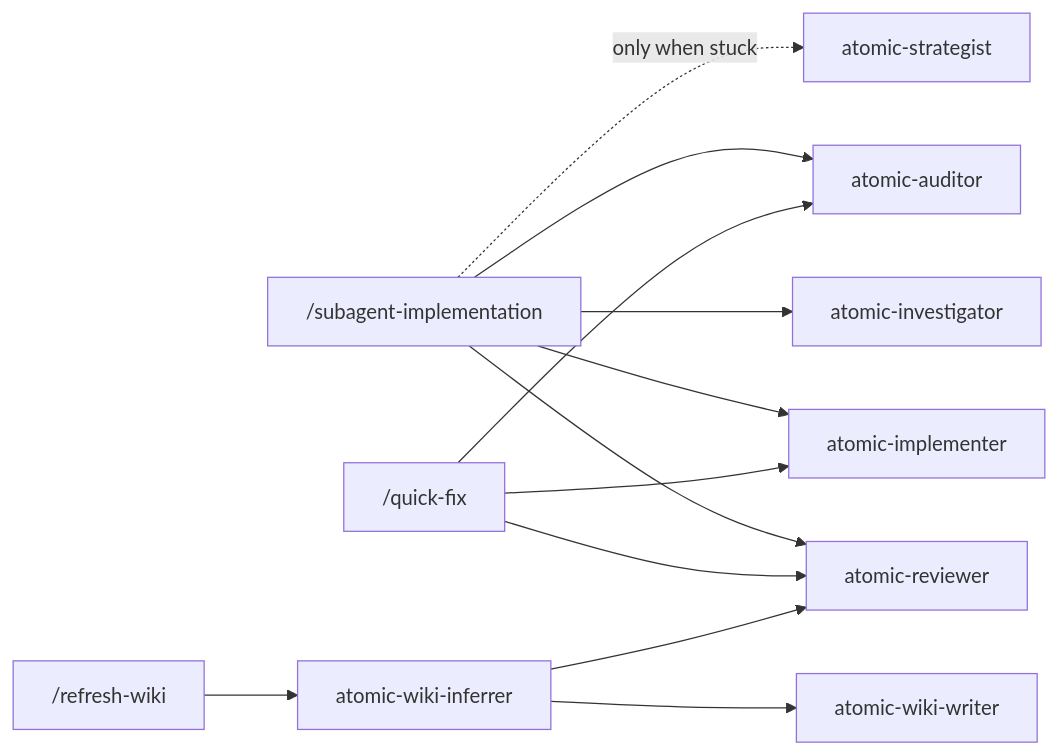
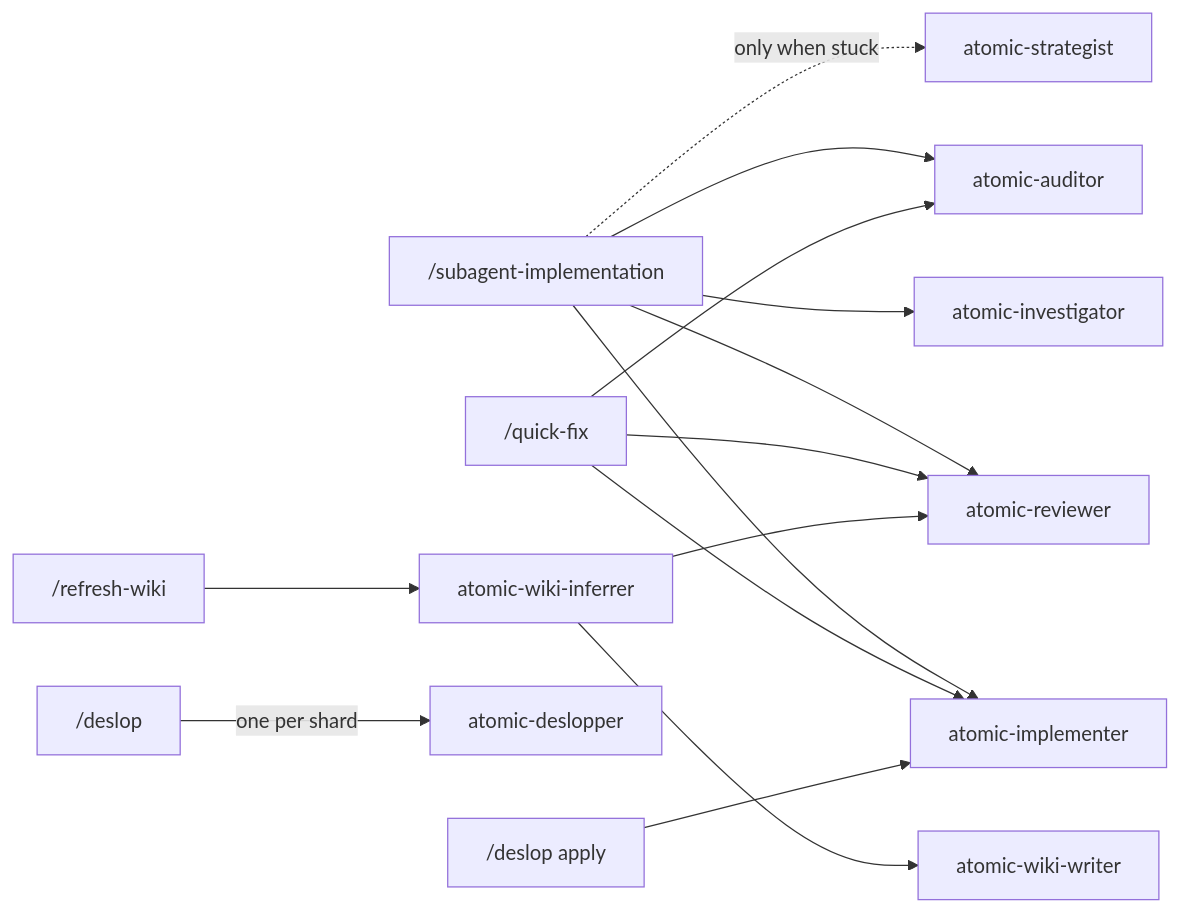
The diagram in docs/reference/agents.md (damusix/atomic-claude), drawn with Mermaid before and after one commit. The commit also changed other lines of this file and 8 other files, not shown here.

````diff
--- a/docs/reference/agents.md
+++ b/docs/reference/agents.md
@@ -10,16 +10,18 @@
 ```mermaid
 flowchart LR
     accTitle: Agent dispatch topology
-    accDescr: /subagent-implementation dispatches the investigator, implementer, reviewer, and auditor, and the strategist only when stuck. /quick-fix runs the same implementer, reviewer, and auditor without a spec. /refresh-wiki dispatches the wiki-inferrer, which dispatches the wiki-writer and the reviewer.
+    accDescr: /subagent-implementation dispatches the investigator, implementer, reviewer, and auditor, and the strategist only when stuck. /quick-fix runs the same implementer, reviewer, and auditor without a spec. /refresh-wiki dispatches the wiki-inferrer, which dispatches the wiki-writer and the reviewer. /deslop fans out one deslopper per shard, and /deslop apply drives the implementer.
     SI["/subagent-implementation"] --> INV["atomic-investigator"]
     SI --> IMP["atomic-implementer"]
     SI --> REV["atomic-reviewer"]
     SI --> AUD["atomic-auditor"]
     SI -.->|only when stuck| STR["atomic-strategist"]
     QF["/quick-fix"] --> IMP
     QF --> REV
     QF --> AUD
     RW["/refresh-wiki"] --> WI["atomic-wiki-inferrer"]
     WI --> WW["atomic-wiki-writer"]
     WI --> REV
+    DS["/deslop"] -->|one per shard| DSL["atomic-deslopper"]
+    DSA["/deslop apply"] --> IMP
 ```
````
